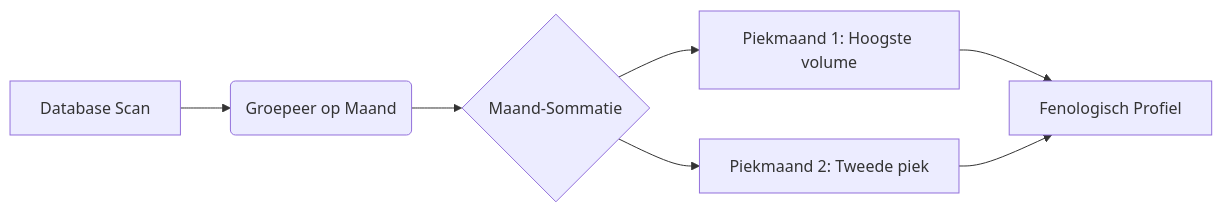
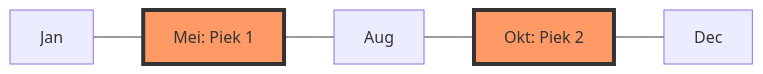
The diagram in app/bsi_calculation_logic.artifact.md (YvedD/VoiceTally), drawn with Mermaid before and after one commit. The commit also changed other lines of this file and 13 other files, not shown here.

````diff
--- a/app/bsi_calculation_logic.artifact.md
+++ b/app/bsi_calculation_logic.artifact.md
@@ -18,8 +19,10 @@
 ```mermaid
 graph LR
-    A[Database Scan] --> B(Groepeer op Maand)
-    B --> C{Maand-Sommatie}
-    C --> D[Piekmaand 1: Hoogste volume]
-    C --> E[Piekmaand 2: Tweede piek]
-    D & E --> F[Fenologisch Profiel]
+    A[Jan] --- B[Mei: Piek 1]
+    B --- C[Aug]
+    C --- D[Okt: Piek 2]
+    D --- E[Dec]
+
+    style B fill:#f96,stroke:#333,stroke-width:4px
+    style D fill:#f96,stroke:#333,stroke-width:4px
 ```
````
